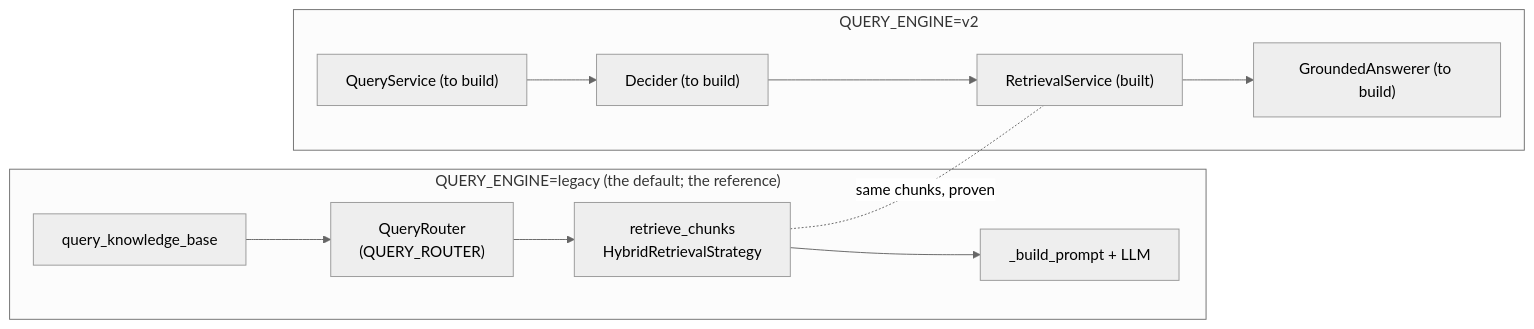
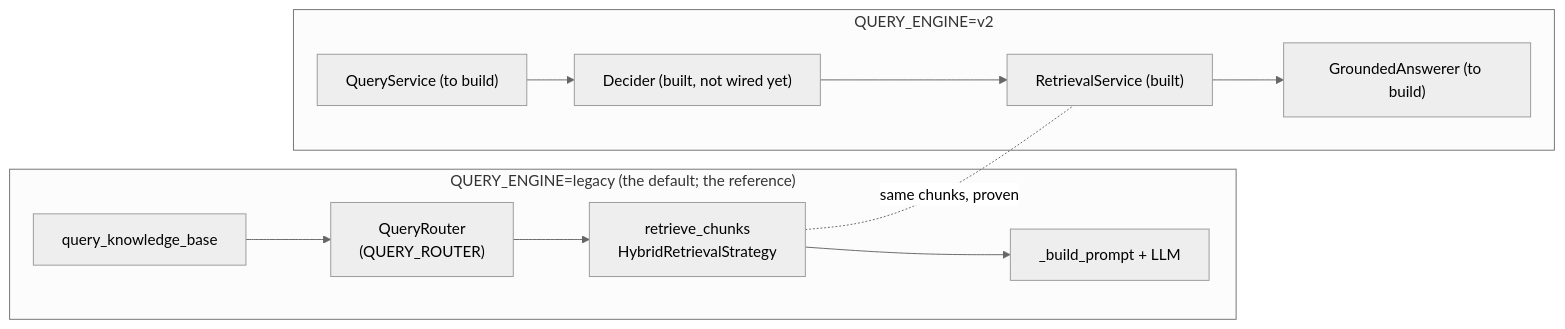
The second of 2 diagrams in docs/query-pipeline-design.md (olythy/docs-agent), drawn with Mermaid (neutral theme) before and after one commit. The commit also changed other lines of this file and 3 other files, not shown here.

````diff
--- a/docs/query-pipeline-design.md
+++ b/docs/query-pipeline-design.md
@@ -126,10 +128,10 @@
 ```mermaid
 flowchart LR
     subgraph legacy["QUERY_ENGINE=legacy (the default; the reference)"]
         L1["query_knowledge_base"] --> L2["QueryRouter<br/>(QUERY_ROUTER)"] --> L3["retrieve_chunks<br/>HybridRetrievalStrategy"] --> L4["_build_prompt + LLM"]
     end
     subgraph v2["QUERY_ENGINE=v2"]
-        N1["QueryService (to build)"] --> N2["Decider (to build)"] --> N3["RetrievalService (built)"] --> N4["GroundedAnswerer (to build)"]
+        N1["QueryService (to build)"] --> N2["Decider (built, not wired yet)"] --> N3["RetrievalService (built)"] --> N4["GroundedAnswerer (to build)"]
     end
     L3 -. "same chunks, proven" .- N3
 ```
````
